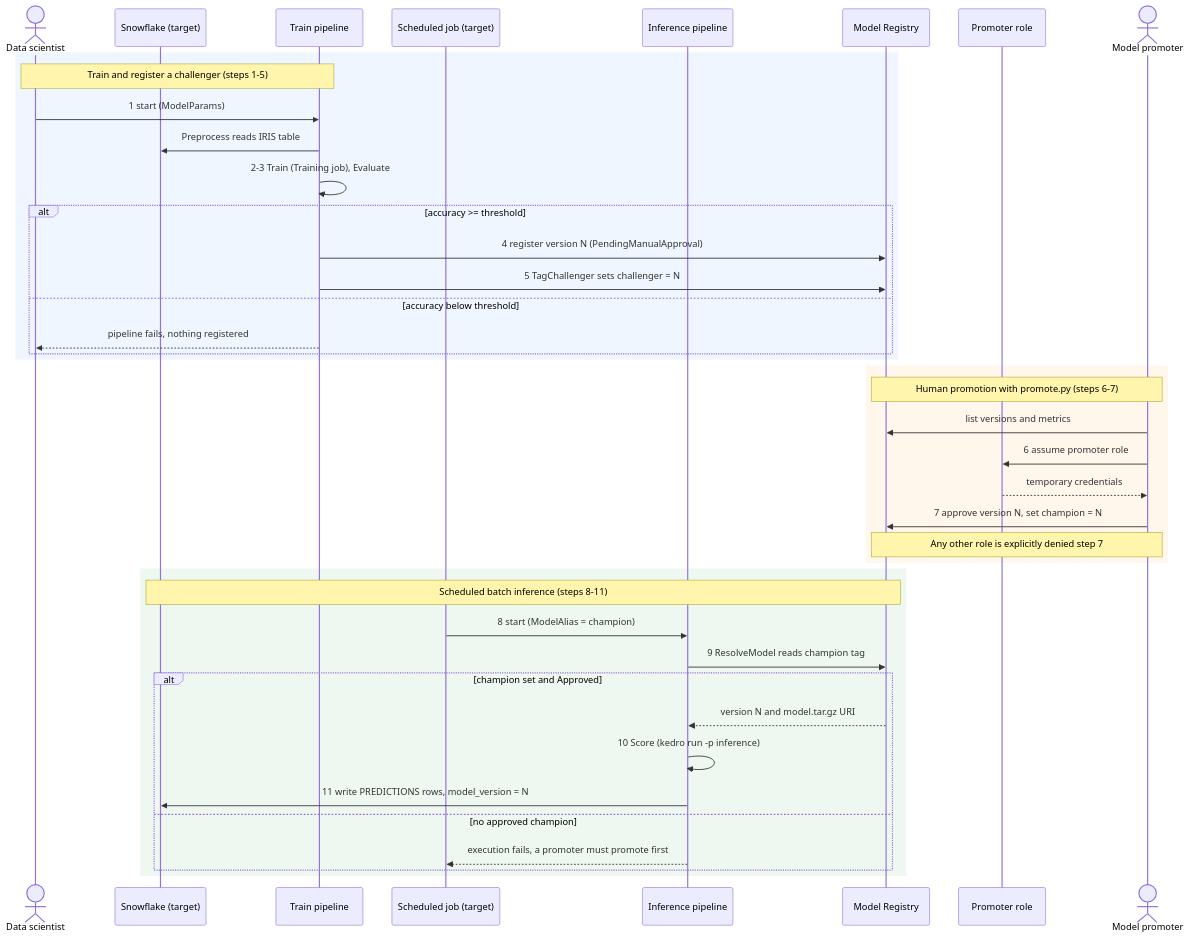
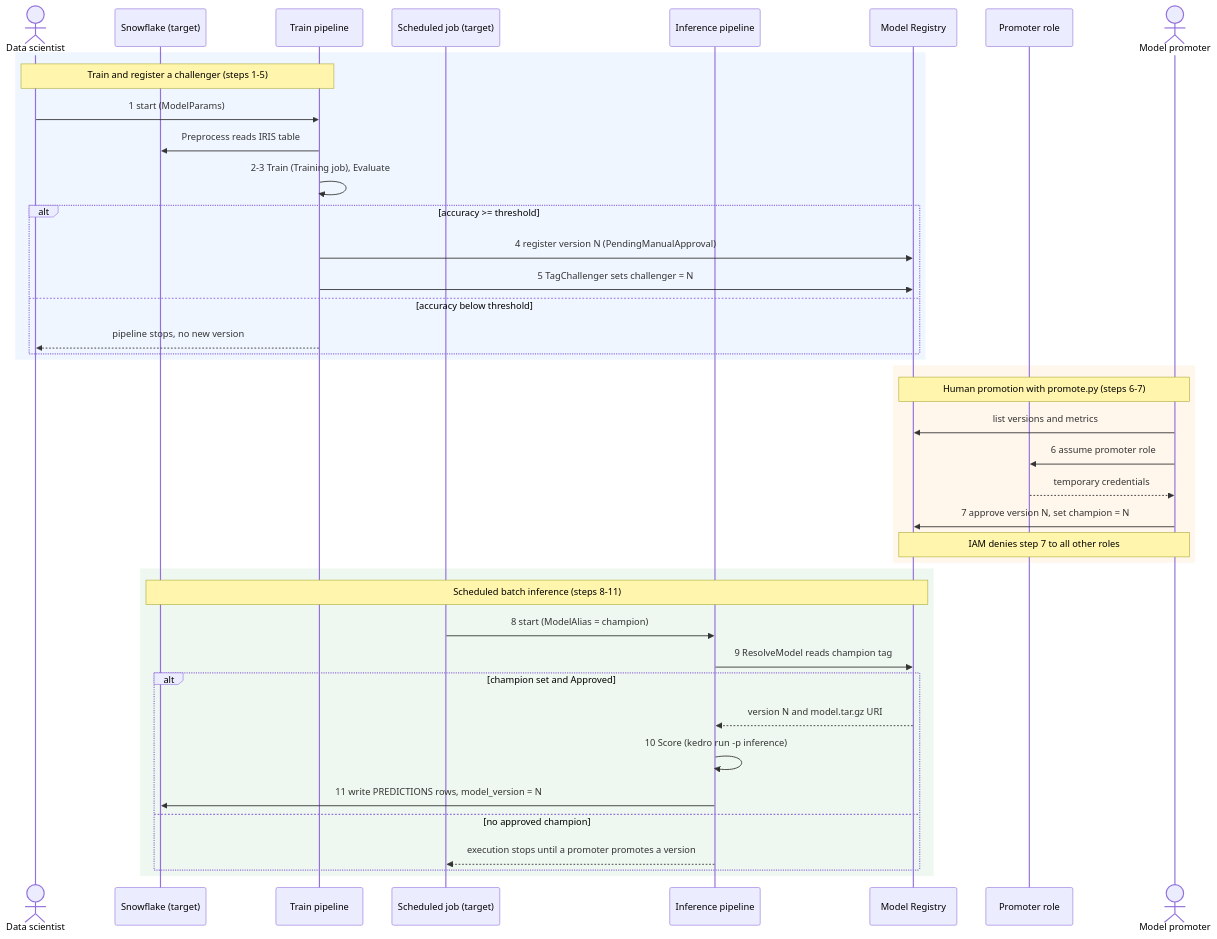
The diagram in README.md (aniryou/sagemaker-demo), drawn with Mermaid before and after one commit. The commit also changed other lines of this file and 20 other files, not shown here.

````diff
--- a/README.md
+++ b/README.md
@@ -21,46 +30,46 @@
 ```mermaid
 sequenceDiagram
     actor DS as Data scientist
     participant SF as Snowflake (target)
     participant TP as Train pipeline
     participant SCH as Scheduled job (target)
     participant IP as Inference pipeline
     participant REG as Model Registry
     participant IAM as Promoter role
     actor PR as Model promoter
 
     rect rgb(240, 246, 255)
     Note over DS,TP: Train and register a challenger (steps 1-5)
     DS->>TP: 1 start (ModelParams)
     TP->>SF: Preprocess reads IRIS table
     TP->>TP: 2-3 Train (Training job), Evaluate
     alt accuracy >= threshold
         TP->>REG: 4 register version N (PendingManualApproval)
         TP->>REG: 5 TagChallenger sets challenger = N
     else accuracy below threshold
-        TP-->>DS: pipeline fails, nothing registered
+        TP-->>DS: pipeline stops, no new version
     end
     end
 
     rect rgb(255, 246, 236)
     Note over REG,PR: Human promotion with promote.py (steps 6-7)
     PR->>REG: list versions and metrics
     PR->>IAM: 6 assume promoter role
     IAM-->>PR: temporary credentials
     PR->>REG: 7 approve version N, set champion = N
-    Note over REG,PR: Any other role is explicitly denied step 7
+    Note over REG,PR: IAM denies step 7 to all other roles
     end
 
     rect rgb(238, 248, 240)
     Note over SF,REG: Scheduled batch inference (steps 8-11)
     SCH->>IP: 8 start (ModelAlias = champion)
     IP->>REG: 9 ResolveModel reads champion tag
     alt champion set and Approved
         REG-->>IP: version N and model.tar.gz URI
         IP->>IP: 10 Score (kedro run -p inference)
         IP->>SF: 11 write PREDICTIONS rows, model_version = N
     else no approved champion
-        IP-->>SCH: execution fails, a promoter must promote first
+        IP-->>SCH: execution stops until a promoter promotes a version
     end
     end
 ```
````
